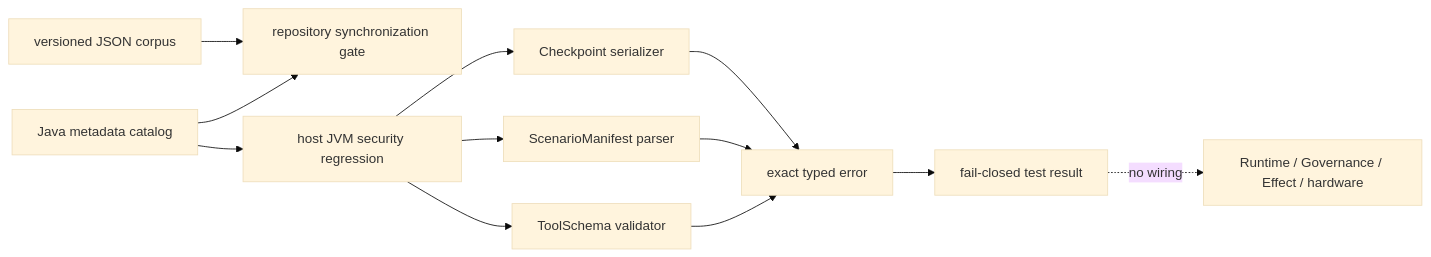
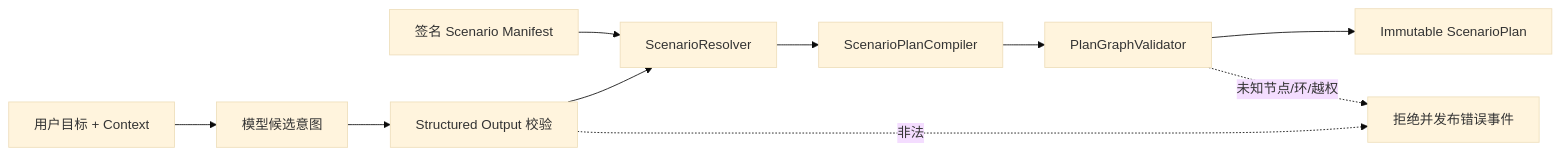
Before and after one commit to LucasWEIchen/CougarOS: the fifth of 15 diagrams in docs/CENTRAL_BRAIN_SOFTWARE_ARCHITECTURE.md, drawn with Mermaid (base theme). The commit also changed other lines of this file and 222 other files, not shown here.

````diff
--- a/docs/CENTRAL_BRAIN_SOFTWARE_ARCHITECTURE.md
+++ b/docs/CENTRAL_BRAIN_SOFTWARE_ARCHITECTURE.md
@@ -1485,14 +206,17 @@
 ```mermaid
 flowchart LR
-    J["versioned JSON corpus"] --> G["repository synchronization gate"]
-    C["Java metadata catalog"] --> G
-    C --> T["host JVM security regression"]
-    T --> CP["Checkpoint serializer"]
-    T --> SM["ScenarioManifest parser"]
-    T --> TS["ToolSchema validator"]
-    CP --> E["exact typed error"]
-    SM --> E
-    TS --> E
-    E --> R["fail-closed test result"]
-    R -. no wiring .-> X["Runtime / Governance / Effect / hardware"]
+    Input["用户目标 + Context"]
+    Candidate["模型候选意图"]
+    Schema["Structured Output 校验"]
+    Resolve["ScenarioResolver"]
+    Manifest["签名 Scenario Manifest"]
+    Compile["ScenarioPlanCompiler"]
+    Validate["PlanGraphValidator"]
+    Plan["Immutable ScenarioPlan"]
+
+    Input --> Candidate --> Schema --> Resolve
+    Manifest --> Resolve
+    Resolve --> Compile --> Validate --> Plan
+    Schema -. "非法" .-> Reject["拒绝并发布错误事件"]
+    Validate -. "未知节点/环/越权" .-> Reject
 ```
````
